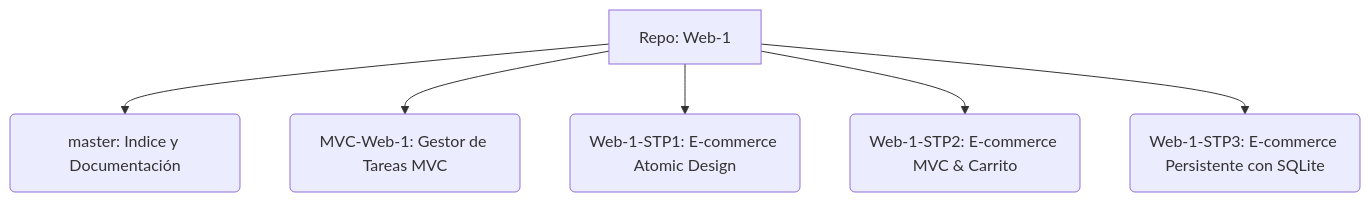
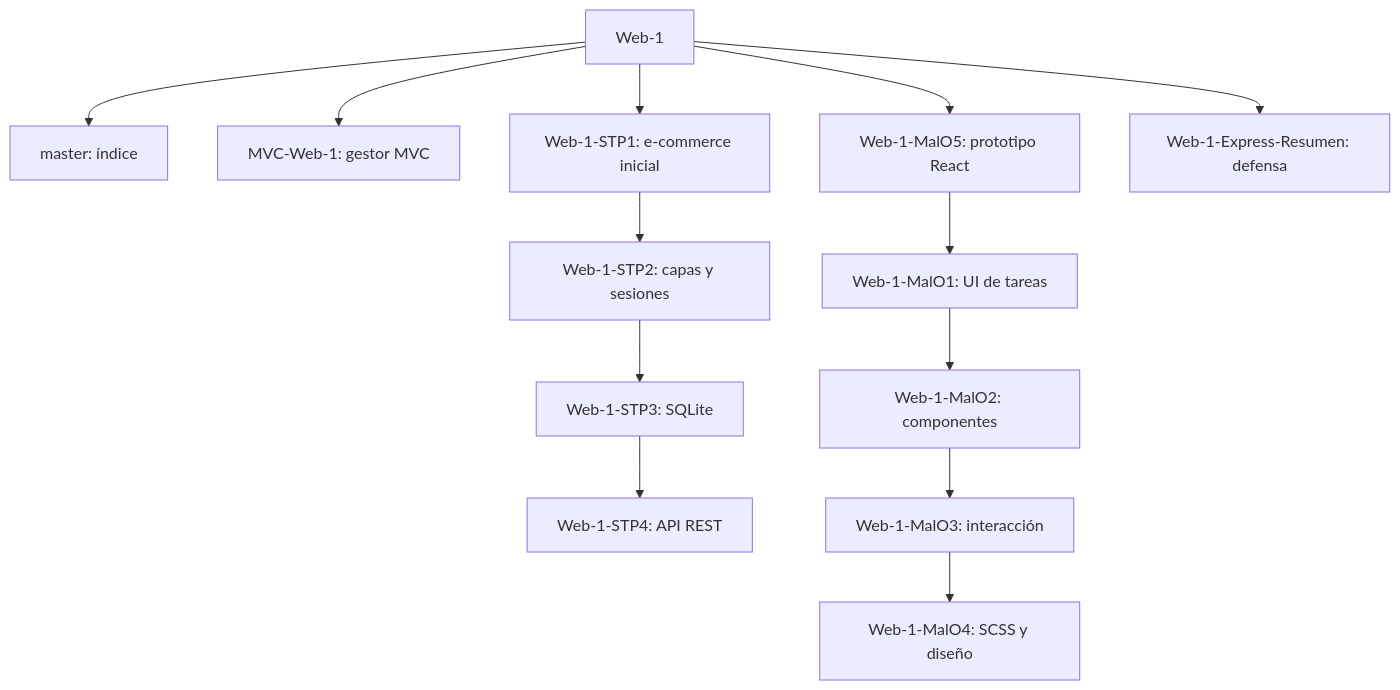
Before and after one commit to Niquinhoo/Web-1: the diagram in README.md, drawn with Mermaid. The commit also changed other lines of this file, not shown here.

````diff
--- a/README.md
+++ b/README.md
@@ -7,8 +7,15 @@
 ```mermaid
 graph TD
-    A[Repo: Web-1] --> B(master: Indice y Documentación)
-    A --> C(MVC-Web-1: Gestor de Tareas MVC)
-    A --> D(Web-1-STP1: E-commerce Atomic Design)
-    A --> E(Web-1-STP2: E-commerce MVC & Carrito)
-    A --> F(Web-1-STP3: E-commerce Persistente con SQLite)
+    A[Web-1] --> B[master: índice]
+    A --> C[MVC-Web-1: gestor MVC]
+    A --> D[Web-1-STP1: e-commerce inicial]
+    D --> E[Web-1-STP2: capas y sesiones]
+    E --> F[Web-1-STP3: SQLite]
+    F --> G[Web-1-STP4: API REST]
+    A --> H[Web-1-MalO5: prototipo React]
+    H --> I[Web-1-MalO1: UI de tareas]
+    I --> J[Web-1-MalO2: componentes]
+    J --> K[Web-1-MalO3: interacción]
+    K --> L[Web-1-MalO4: SCSS y diseño]
+    A --> M[Web-1-Express-Resumen: defensa]
 ```
````
